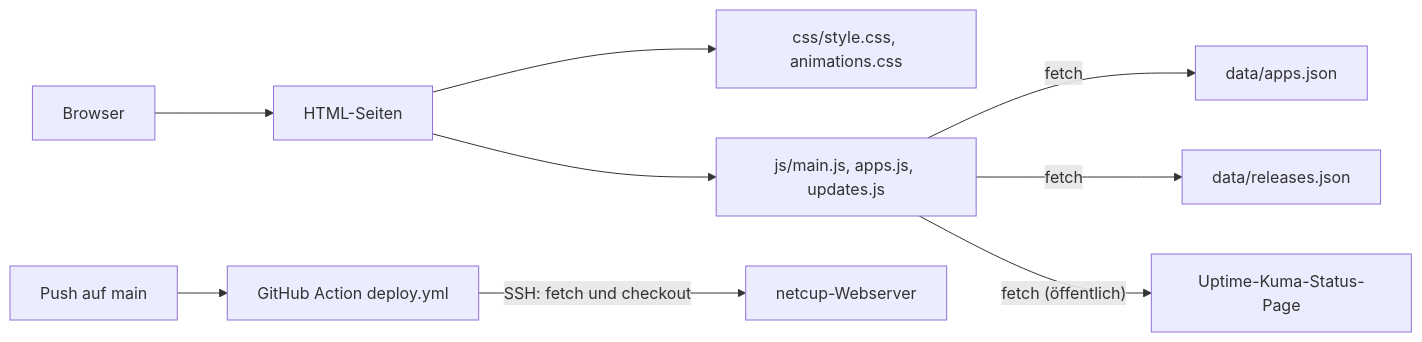
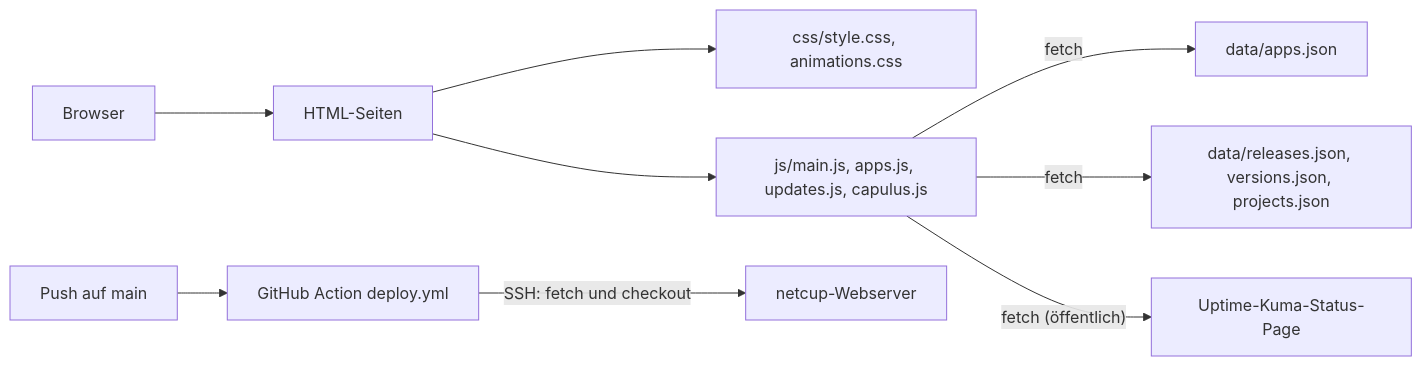
One commit to pkr-lab/pkr-lab-docs changed the diagram in EDV-Kretzer/index.md. Above: the diagram before and after it, drawn with Mermaid. The commit also changed other lines of this file and 5 other files, not shown here.

````diff
--- a/EDV-Kretzer/index.md
+++ b/EDV-Kretzer/index.md
@@ -25,11 +26,11 @@
 ```mermaid
 flowchart LR
   browser["Browser"] --> html["HTML-Seiten"]
   html --> css["css/style.css, animations.css"]
-  html --> js["js/main.js, apps.js, updates.js"]
+  html --> js["js/main.js, apps.js, updates.js, capulus.js"]
   js -->|"fetch"| apps["data/apps.json"]
-  js -->|"fetch"| upd["data/releases.json"]
+  js -->|"fetch"| upd["data/releases.json, versions.json, projects.json"]
   js -->|"fetch (öffentlich)"| kuma["Uptime-Kuma-Status-Page"]
   push["Push auf main"] --> gha["GitHub Action deploy.yml"]
   gha -->|"SSH: fetch und checkout"| netcup["netcup-Webserver"]
 ```
````
